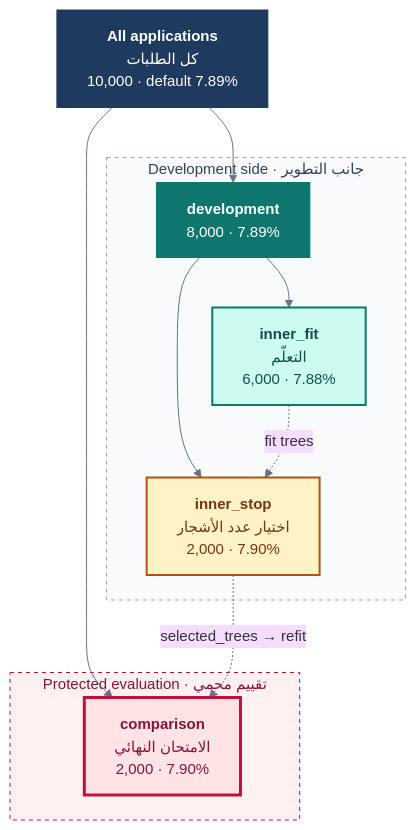
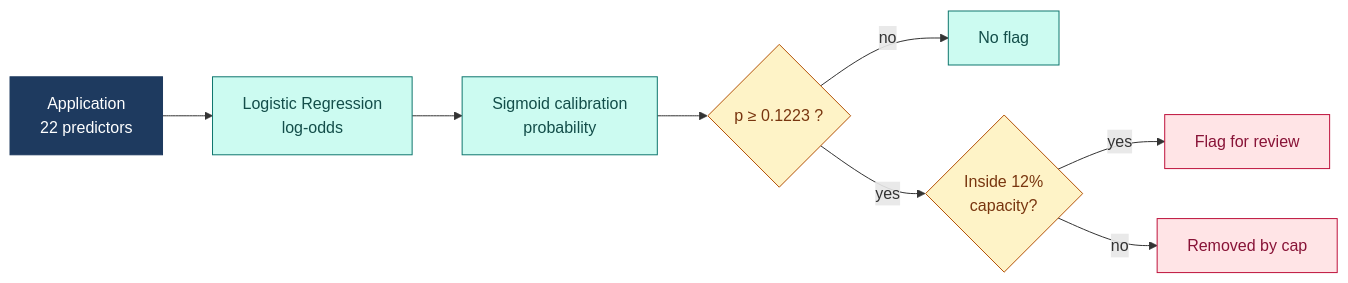
Before and after one commit to HareerFN/Hareer_Farraj_Tamweel_SDAIA_AdvancedML: the first of 2 diagrams in README.md, drawn with Mermaid. The commit also changed other lines of this file, not shown here.

````diff
--- a/README.md
+++ b/README.md
@@ -1,37 +67,19 @@
 ```mermaid
-%%{init: {'theme':'base', 'themeVariables': {'fontFamily':'Segoe UI, Tahoma, sans-serif', 'fontSize':'15px', 'lineColor':'#64748B'}}}%%
-flowchart TD
-    ALL["<b>All applications</b><br/>كل الطلبات<br/>10,000 · default 7.89%"]
+flowchart LR
+    A["Application<br/>22 predictors"] --> B["Logistic Regression<br/>log-odds"]
+    B --> C["Sigmoid calibration<br/>probability"]
+    C --> D{"p ≥ 0.1223 ?"}
+    D -- no --> E["No flag"]
+    D -- yes --> F{"Inside 12%<br/>capacity?"}
+    F -- yes --> G["Flag for review"]
+    F -- no --> H["Removed by cap"]
 
-    subgraph DEVBOX["Development side · جانب التطوير"]
-        DEV["<b>development</b><br/>8,000 · 7.89%"]
-        FIT["<b>inner_fit</b><br/>التعلّم<br/>6,000 · 7.88%"]
-        STOP["<b>inner_stop</b><br/>اختيار عدد الأشجار<br/>2,000 · 7.90%"]
-    end
-
-    subgraph EVALBOX["Protected evaluation · تقييم محمي"]
-        CMP["<b>comparison</b><br/>الامتحان النهائي<br/>2,000 · 7.90%"]
-    end
-
-    ALL --> DEV
-    ALL --> CMP
-    DEV --> FIT
-    DEV --> STOP
-    FIT -. "fit trees" .-> STOP
-    STOP -. "selected_trees → refit" .-> CMP
-
-    classDef total fill:#1E3A5F,stroke:#1E3A5F,color:#FFFFFF
-    classDef dev   fill:#0F766E,stroke:#0F766E,color:#FFFFFF
-    classDef fit   fill:#CCFBF1,stroke:#0F766E,color:#134E4A,stroke-width:2px
-    classDef stop  fill:#FEF3C7,stroke:#B45309,color:#78350F,stroke-width:2px
-    classDef eval  fill:#FFE4E6,stroke:#BE123C,color:#881337,stroke-width:3px
-
-    class ALL total
-    class DEV dev
-    class FIT fit
-    class STOP stop
-    class CMP eval
-
-    style DEVBOX  fill:#F8FAFC,stroke:#94A3B8,stroke-dasharray:4 4,color:#334155
-    style EVALBOX fill:#FFF1F2,stroke:#BE123C,stroke-dasharray:4 4,color:#881337
+    classDef neutral fill:#1E3A5F,stroke:#1E3A5F,color:#fff
+    classDef model fill:#CCFBF1,stroke:#0F766E,color:#134E4A
+    classDef control fill:#FEF3C7,stroke:#B45309,color:#78350F
+    classDef risk fill:#FFE4E6,stroke:#BE123C,color:#881337
+    class A neutral
+    class B,C,E model
+    class D,F control
+    class G,H risk
 ```
````
